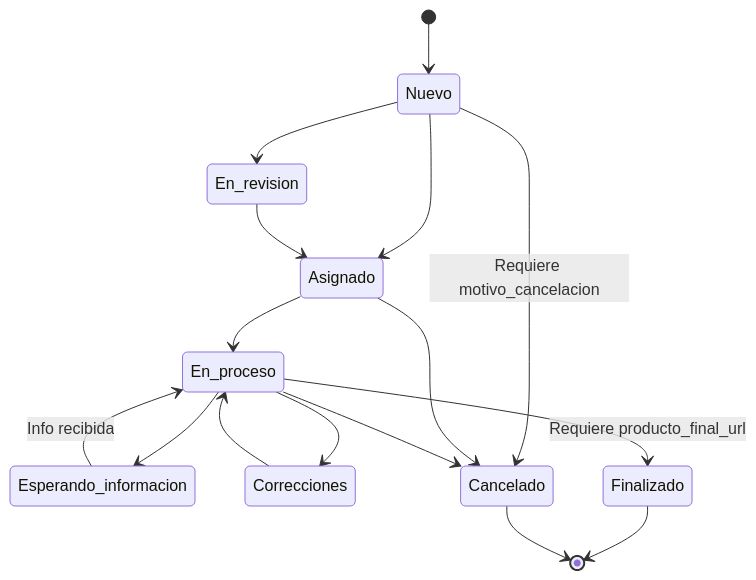
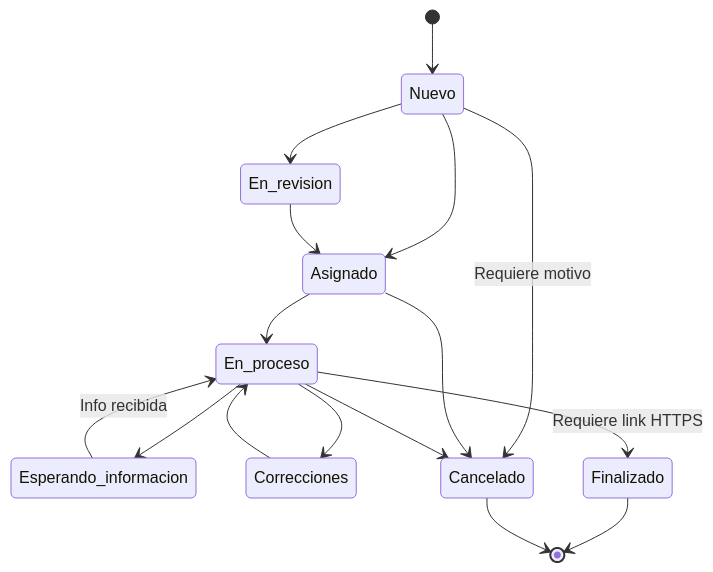
The second of 2 diagrams in docs/current-state/06_ESTADOS_ACTUALES.md (saldiviapablo/formulariopedidos), drawn with Mermaid before and after one commit. The commit also changed other lines of this file and 18 other files, not shown here.

````diff
--- a/docs/current-state/06_ESTADOS_ACTUALES.md
+++ b/docs/current-state/06_ESTADOS_ACTUALES.md
@@ -48,18 +47,18 @@
 ```mermaid
 stateDiagram-v2
     [*] --> Nuevo
     Nuevo --> En_revision
     Nuevo --> Asignado
     En_revision --> Asignado
     Asignado --> En_proceso
     En_proceso --> Esperando_informacion
     Esperando_informacion --> En_proceso : Info recibida
     En_proceso --> Correcciones
     Correcciones --> En_proceso
-    En_proceso --> Finalizado : Requiere producto_final_url
-    Nuevo --> Cancelado : Requiere motivo_cancelacion
+    En_proceso --> Finalizado : Requiere link HTTPS
+    Nuevo --> Cancelado : Requiere motivo
     Asignado --> Cancelado
     En_proceso --> Cancelado
     Finalizado --> [*]
     Cancelado --> [*]
 ```
````
